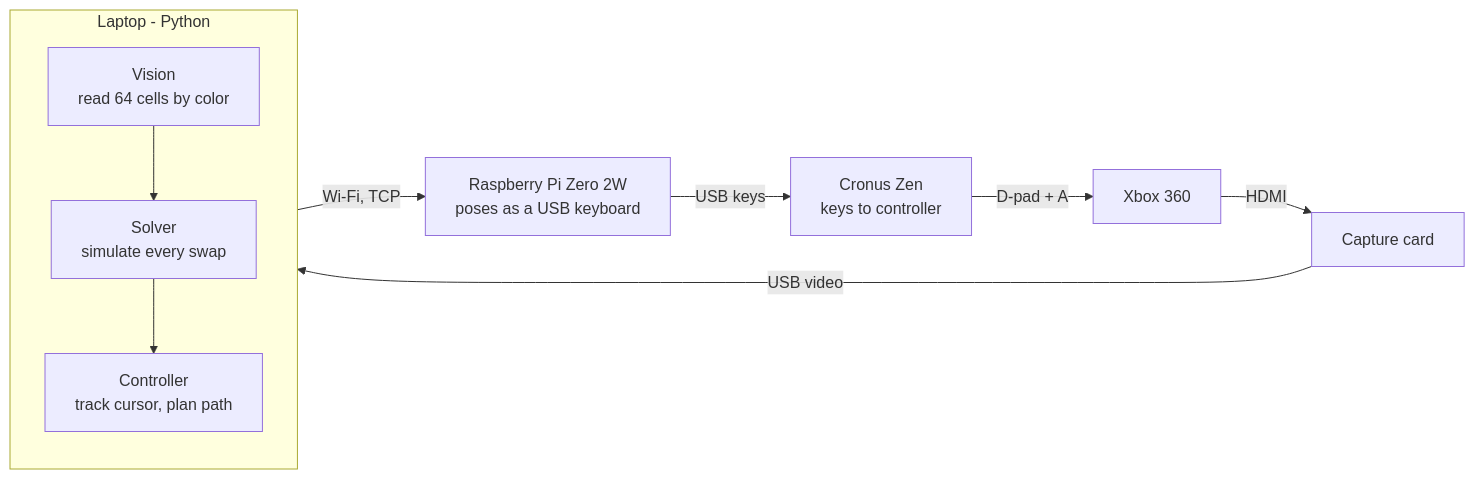
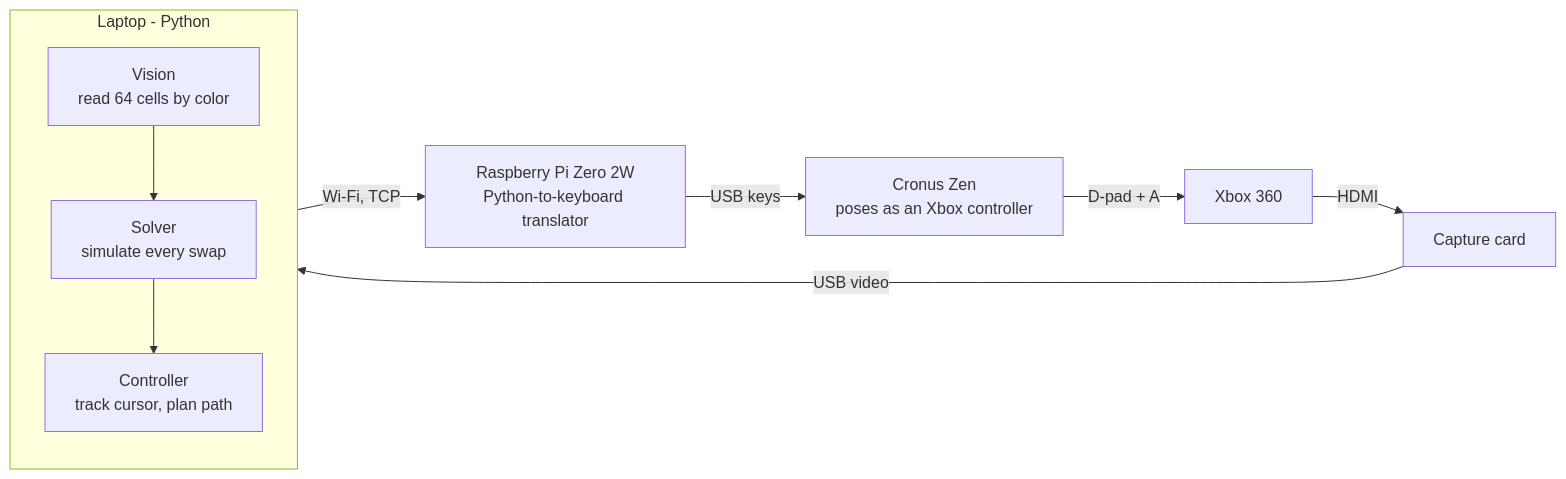
The diagram in README.md (HarrisonKeyser/bejeweled-bot), drawn with Mermaid before and after one commit. The commit also changed other lines of this file, not shown here.

First line of the commit message:
README: fuller story, why the Pi and Zen are needed, ~300k points per hour

````diff
--- a/README.md
+++ b/README.md
@@ -15,15 +17,15 @@
 ```mermaid
 flowchart LR
     X[Xbox 360] -- HDMI --> C[Capture card]
     C -- USB video --> L
 
     subgraph L[Laptop - Python]
         direction TB
         V[Vision<br/>read 64 cells by color] --> S[Solver<br/>simulate every swap]
         S --> K[Controller<br/>track cursor, plan path]
     end
 
-    K -- Wi-Fi, TCP --> P[Raspberry Pi Zero 2W<br/>poses as a USB keyboard]
-    P -- USB keys --> Z[Cronus Zen<br/>keys to controller]
+    K -- Wi-Fi, TCP --> P[Raspberry Pi Zero 2W<br/>Python-to-keyboard translator]
+    P -- USB keys --> Z[Cronus Zen<br/>poses as an Xbox controller]
     Z -- D-pad + A --> X
 ```
````
